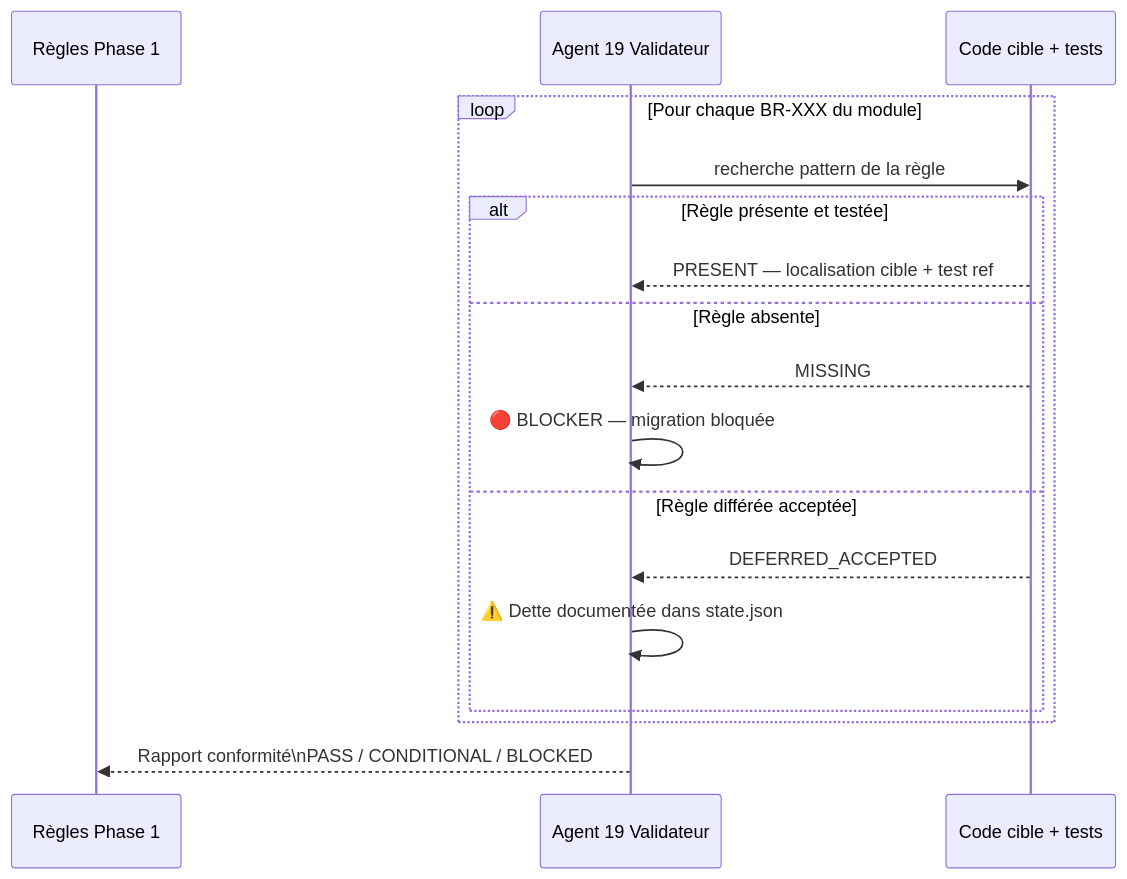
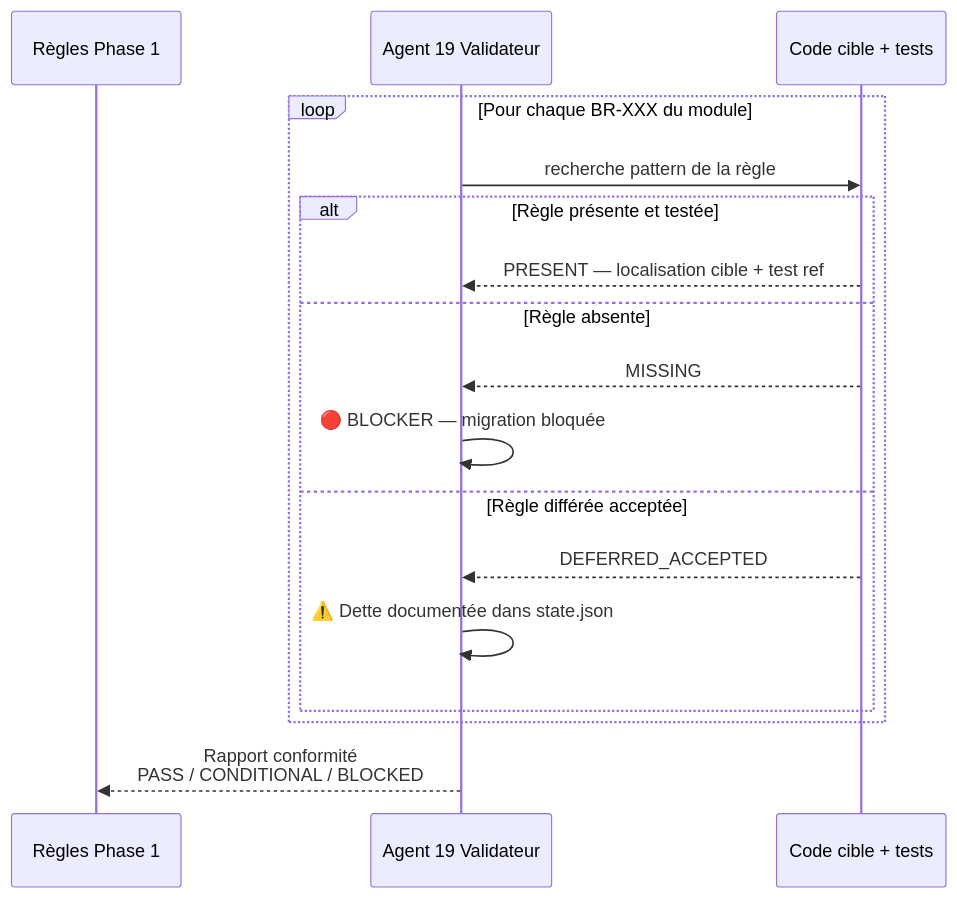
Before and after one commit to LiolluryZ/migration-ai: diagram 14 of 19 in MIGRATION_WORKFLOW.md, drawn with Mermaid. The commit also changed other lines of this file, not shown here.

````diff
--- a/MIGRATION_WORKFLOW.md
+++ b/MIGRATION_WORKFLOW.md
@@ -612,20 +652,20 @@
 ```mermaid
 sequenceDiagram
     participant R as Règles Phase 1
     participant V as Agent 19 Validateur
     participant C as Code cible + tests
 
     loop Pour chaque BR-XXX du module
         V->>C: recherche pattern de la règle
         alt Règle présente et testée
             C-->>V: PRESENT — localisation cible + test ref
         else Règle absente
             C-->>V: MISSING
             V->>V: 🔴 BLOCKER — migration bloquée
         else Règle différée acceptée
             C-->>V: DEFERRED_ACCEPTED
             V->>V: ⚠️ Dette documentée dans state.json
         end
     end
-    V-->>R: Rapport conformité\nPASS / CONDITIONAL / BLOCKED
+    V-->>R: Rapport conformité<br/>PASS / CONDITIONAL / BLOCKED
 ```
````
